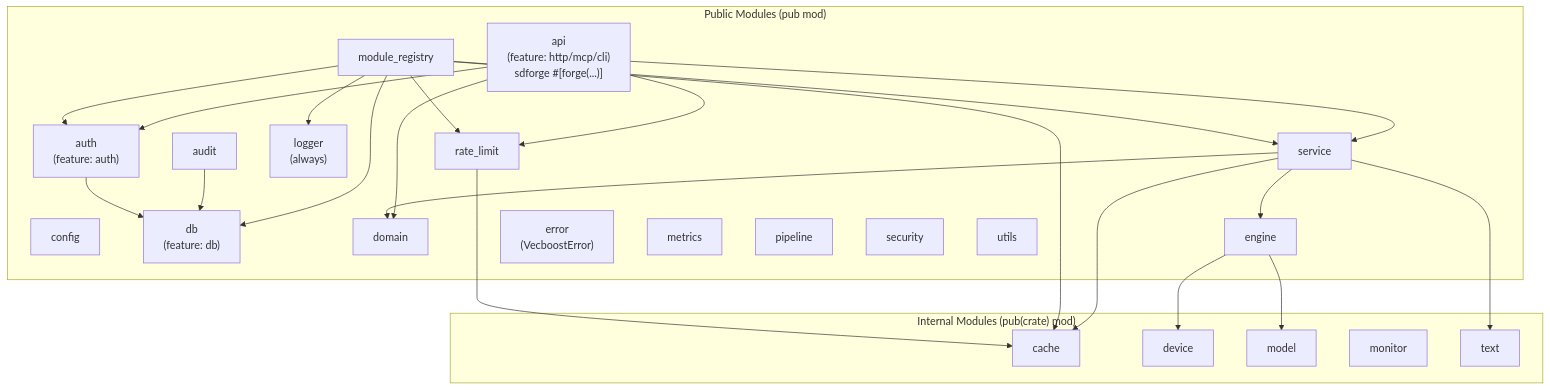
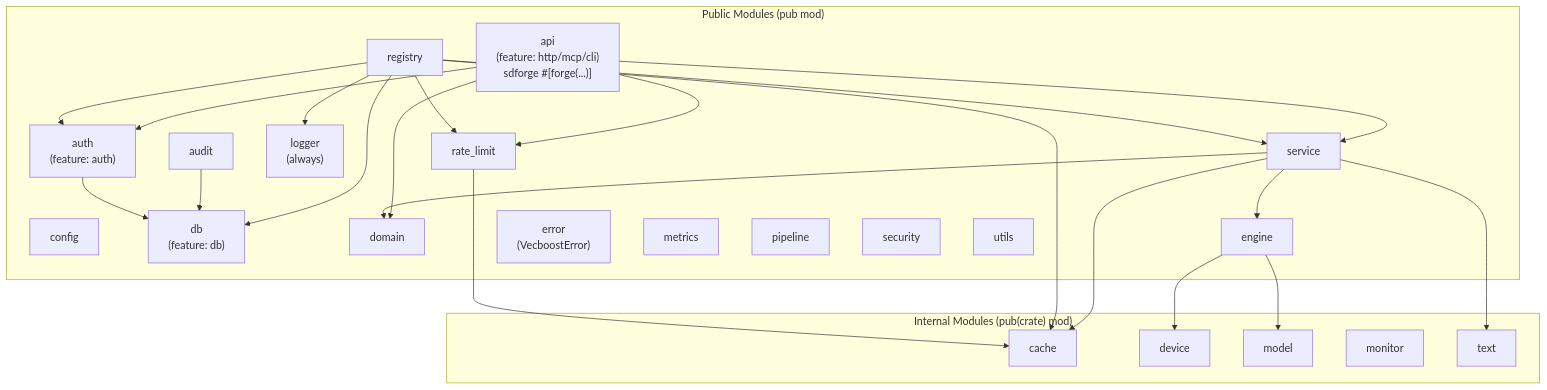
The third of 7 diagrams in docs/ARCHITECTURE.md (Kirky-X/vecboost), drawn with Mermaid before and after one commit. The commit also changed other lines of this file and 18 other files, not shown here.

First line of the commit message:
refactor: rename module_registry → registry

````diff
--- a/docs/ARCHITECTURE.md
+++ b/docs/ARCHITECTURE.md
@@ -131,49 +131,49 @@
 ```mermaid
 graph TB
     subgraph Public["Public Modules (pub mod)"]
         api["api<br/>(feature: http/mcp/cli)<br/>sdforge #[forge(...)]"]
         audit["audit"]
         auth["auth<br/>(feature: auth)"]
         config["config"]
         db["db<br/>(feature: db)"]
         domain["domain"]
         engine["engine"]
         error["error<br/>(VecboostError)"]
         logger["logger<br/>(always)"]
         metrics["metrics"]
-        module_registry["module_registry"]
+        registry["registry"]
         pipeline["pipeline"]
         rate_limit["rate_limit"]
         security["security"]
         service["service"]
         utils["utils"]
     end
 
     subgraph Internal["Internal Modules (pub(crate) mod)"]
         cache["cache"]
         device["device"]
         model["model"]
         monitor["monitor"]
         text["text"]
     end
 
     api --> service
     api --> domain
     api --> auth
     api --> rate_limit
     service --> engine
     service --> cache
     service --> text
     service --> domain
     engine --> model
     engine --> device
-    module_registry --> service
-    module_registry --> auth
-    module_registry --> rate_limit
-    module_registry --> cache
-    module_registry --> db
-    module_registry --> logger
+    registry --> service
+    registry --> auth
+    registry --> rate_limit
+    registry --> cache
+    registry --> db
+    registry --> logger
     audit --> db
     auth --> db
     rate_limit --> cache
 ```
````
